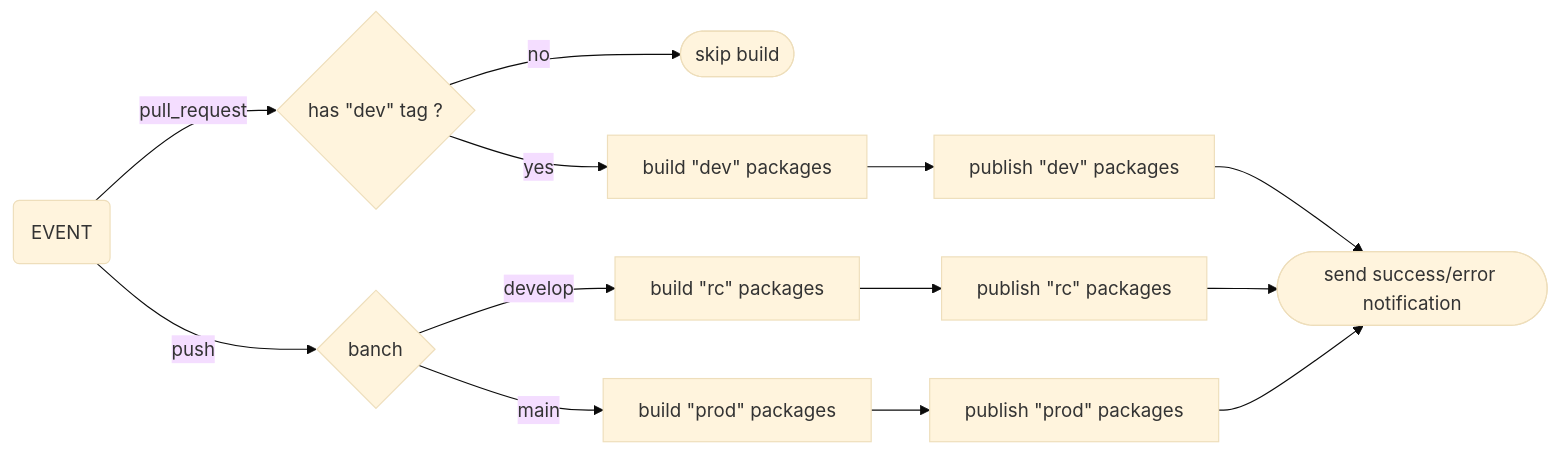
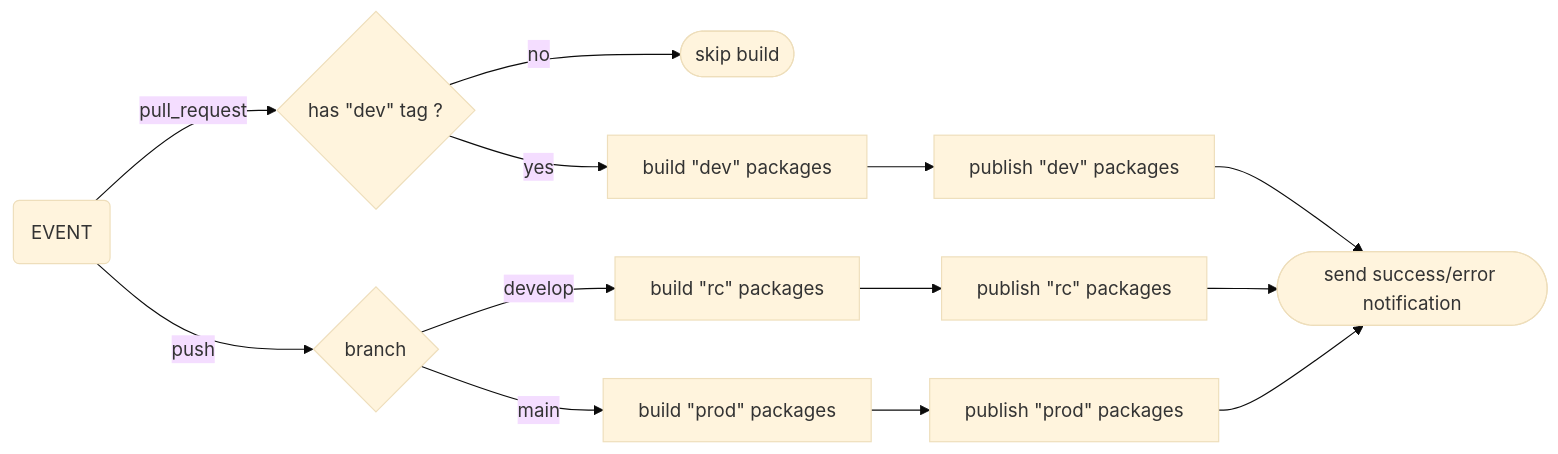
Before and after one commit to Infomaniak/design-system: the diagram in scripts/ci/README.md, drawn with Mermaid (base theme).

Commit message:
chore: fix typo

````diff
--- a/scripts/ci/README.md
+++ b/scripts/ci/README.md
@@ -39,30 +39,30 @@
 ```mermaid
 flowchart LR
   EVENT("EVENT")
   HAS_DEV_TAG{"has &quotdev&quot tag ?"}
   SKIP_BUILD(["skip build"])
   SEND_NOTIFICATION(["send success/error notification"])
   BUILD_DEV_PACKAGES["build &quotdev&quot packages"]
   PUBLISH_DEV_PACKAGES["publish &quotdev&quot packages"]
   BUILD_RC_PACKAGES["build &quotrc&quot packages"]
   PUBLISH_RC_PACKAGES["publish &quotrc&quot packages"]
   BUILD_PROD_PACKAGES["build &quotprod&quot packages"]
   PUBLISH_PROD_PACKAGES["publish &quotprod&quot packages"]
-  TARGET_BRANCH{"banch"}
+  TARGET_BRANCH{"branch"}
 
   EVENT -- "pull_request" --> HAS_DEV_TAG
   HAS_DEV_TAG -- "no" --> SKIP_BUILD
   HAS_DEV_TAG -- "yes" --> BUILD_DEV_PACKAGES
   BUILD_DEV_PACKAGES --> PUBLISH_DEV_PACKAGES
   PUBLISH_DEV_PACKAGES --> SEND_NOTIFICATION
 
   EVENT -- "push" --> TARGET_BRANCH
 
   TARGET_BRANCH -- "develop" --> BUILD_RC_PACKAGES
   BUILD_RC_PACKAGES --> PUBLISH_RC_PACKAGES
   PUBLISH_RC_PACKAGES --> SEND_NOTIFICATION
 
   TARGET_BRANCH -- "main" --> BUILD_PROD_PACKAGES
   BUILD_PROD_PACKAGES --> PUBLISH_PROD_PACKAGES
   PUBLISH_PROD_PACKAGES --> SEND_NOTIFICATION
 ```
````
